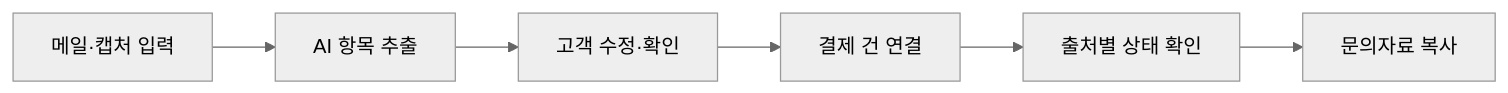
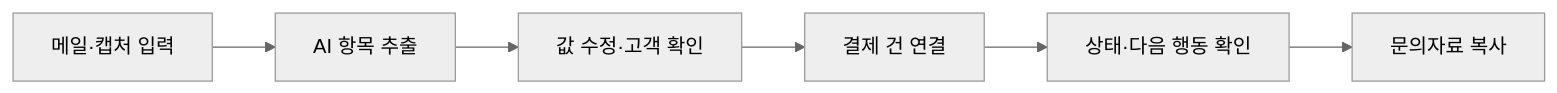
The diagram in README.md (chohaeminn/aws-team3), drawn with Mermaid (neutral theme) before and after one commit. The commit also changed other lines of this file, not shown here.

````diff
--- a/README.md
+++ b/README.md
@@ -52,8 +68,8 @@
 ```mermaid
 flowchart LR
     A[메일·캡처 입력] --> B[AI 항목 추출]
-    B --> C[고객 수정·확인]
+    B --> C[값 수정·고객 확인]
     C --> D[결제 건 연결]
-    D --> E[출처별 상태 확인]
+    D --> E[상태·다음 행동 확인]
     E --> F[문의자료 복사]
 ```
````
